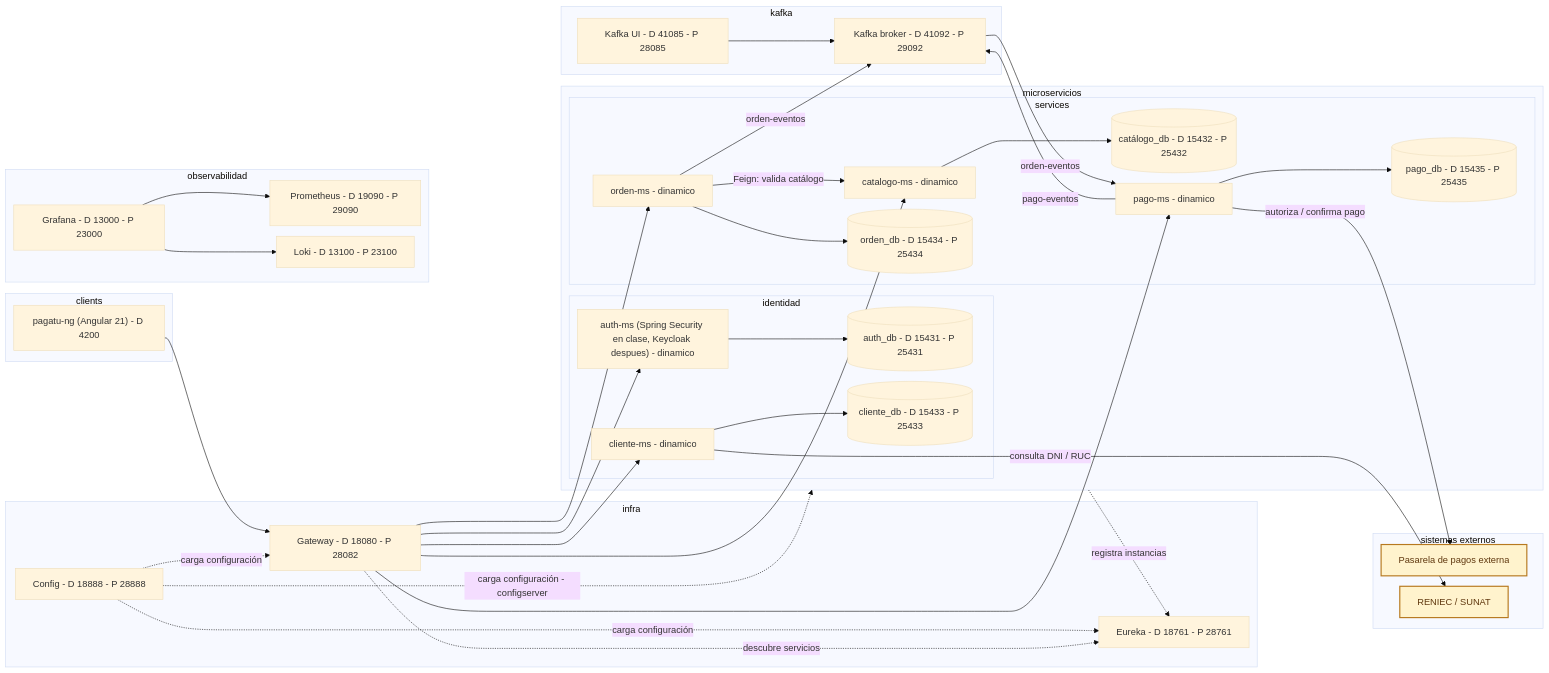
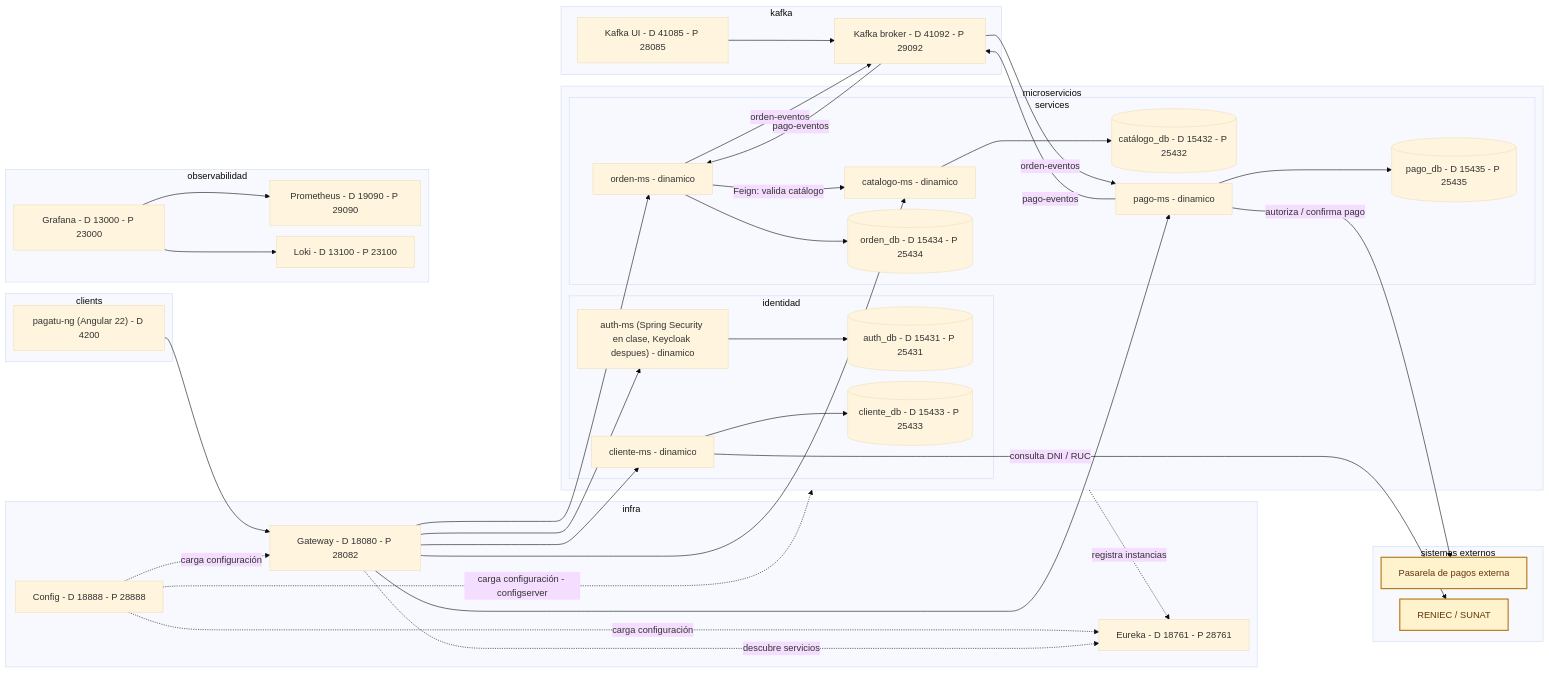
The second of 2 diagrams in docs/index.md (262dist/pagatu), drawn with Mermaid (base theme) before and after one commit. The commit also changed other lines of this file and 3 other files, not shown here.

````diff
--- a/docs/index.md
+++ b/docs/index.md
@@ -89,82 +89,83 @@
 ```mermaid
 %%{init: {"flowchart": {"nodeSpacing": 18, "rankSpacing": 28, "curve": "basis"}} }%%
 flowchart LR
     subgraph Infra["infra"]
         Config["Config - D 18888 - P 28888"]
         Eureka["Eureka - D 18761 - P 28761"]
         Gateway["Gateway - D 18080 - P 28082"]
     end
 
     subgraph Runtime["microservicios"]
         subgraph Identity["identidad"]
             Auth["auth-ms (Spring Security en clase, Keycloak despues) - dinamico"]
             AuthDB[("auth_db - D 15431 - P 25431")]
             Auth --> AuthDB
             Cliente["cliente-ms - dinamico"]
             ClienteDB[("cliente_db - D 15433 - P 25433")]
             Cliente --> ClienteDB
         end
 
         subgraph Services["services"]
             Catalogo["catalogo-ms - dinamico"]
             CatalogoDB[("catálogo_db - D 15432 - P 25432")]
             Orden["orden-ms - dinamico"]
             OrdenDB[("orden_db - D 15434 - P 25434")]
             Pago["pago-ms - dinamico"]
             PagoDB[("pago_db - D 15435 - P 25435")]
 
             Catalogo --> CatalogoDB
             Orden --> OrdenDB
             Pago --> PagoDB
             Orden -->|"Feign: valida catálogo"| Catalogo
         end
     end
 
     subgraph Messaging["kafka"]
         Broker["Kafka broker - D 41092 - P 29092"]
         KafkaUI["Kafka UI - D 41085 - P 28085"]
         KafkaUI --> Broker
     end
 
     subgraph External["sistemas externos"]
         PaymentGateway["Pasarela de pagos externa"]
         ReniecSunat["RENIEC / SUNAT"]
     end
 
     Angular --> Gateway
     Gateway --> Auth
     Gateway --> Cliente
     Gateway --> Catalogo
     Gateway --> Orden
     Gateway --> Pago
     Cliente -->|"consulta DNI / RUC"| ReniecSunat
 
     Config -. "carga configuración" .-> Eureka
     Config -. "carga configuración" .-> Gateway
     Config -. "carga configuración - configserver" .-> Runtime
     Runtime -. "registra instancias" .-> Eureka
     Gateway -. "descubre servicios" .-> Eureka
 
     Orden -->|"orden-eventos"| Broker
     Broker -->|"orden-eventos"| Pago
     Pago -->|"pago-eventos"| Broker
+    Broker -->|"pago-eventos"| Orden
     Pago -->|"autoriza / confirma pago"| PaymentGateway
 
     classDef external fill:#fff3cd,stroke:#b7791f,stroke-width:2px,color:#5f370e;
     class PaymentGateway,ReniecSunat external;
 
     subgraph Client["clients"]
-        Angular["pagatu-ng (Angular 21) - D 4200"]
+        Angular["pagatu-ng (Angular 22) - D 4200"]
     end
 
     subgraph Obs["observabilidad"]
         Prometheus["Prometheus - D 19090 - P 29090"]
         Loki["Loki - D 13100 - P 23100"]
         Grafana["Grafana - D 13000 - P 23000"]
         Grafana --> Prometheus
         Grafana --> Loki
     end
 
     Angular ~~~ Prometheus
 
 ```
````
